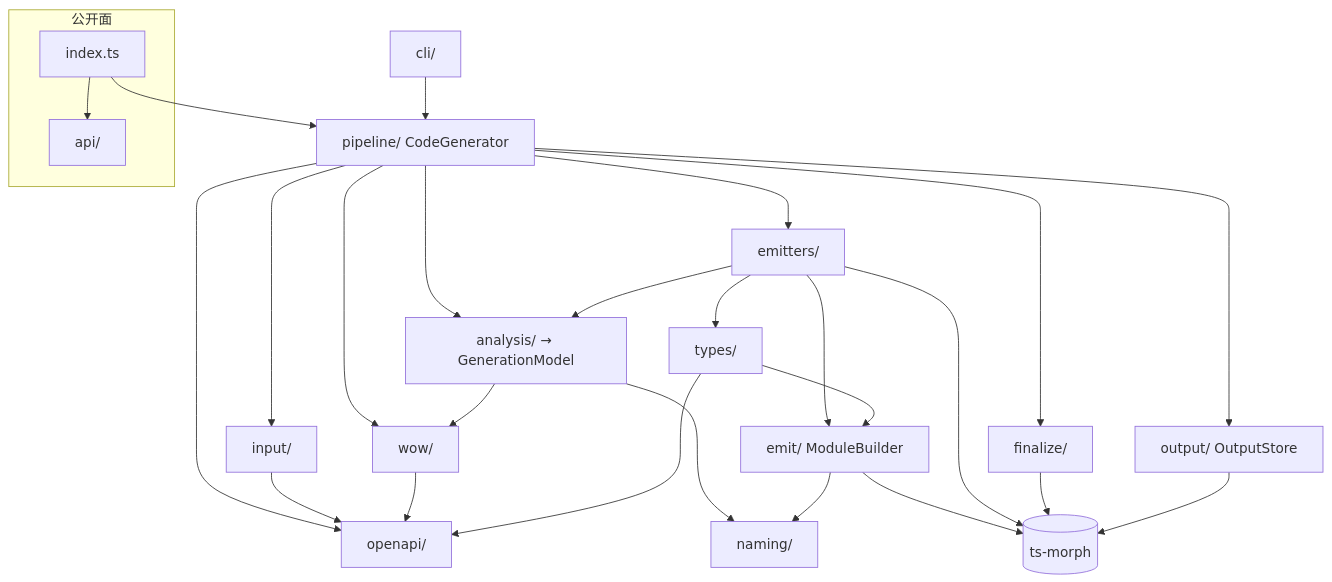
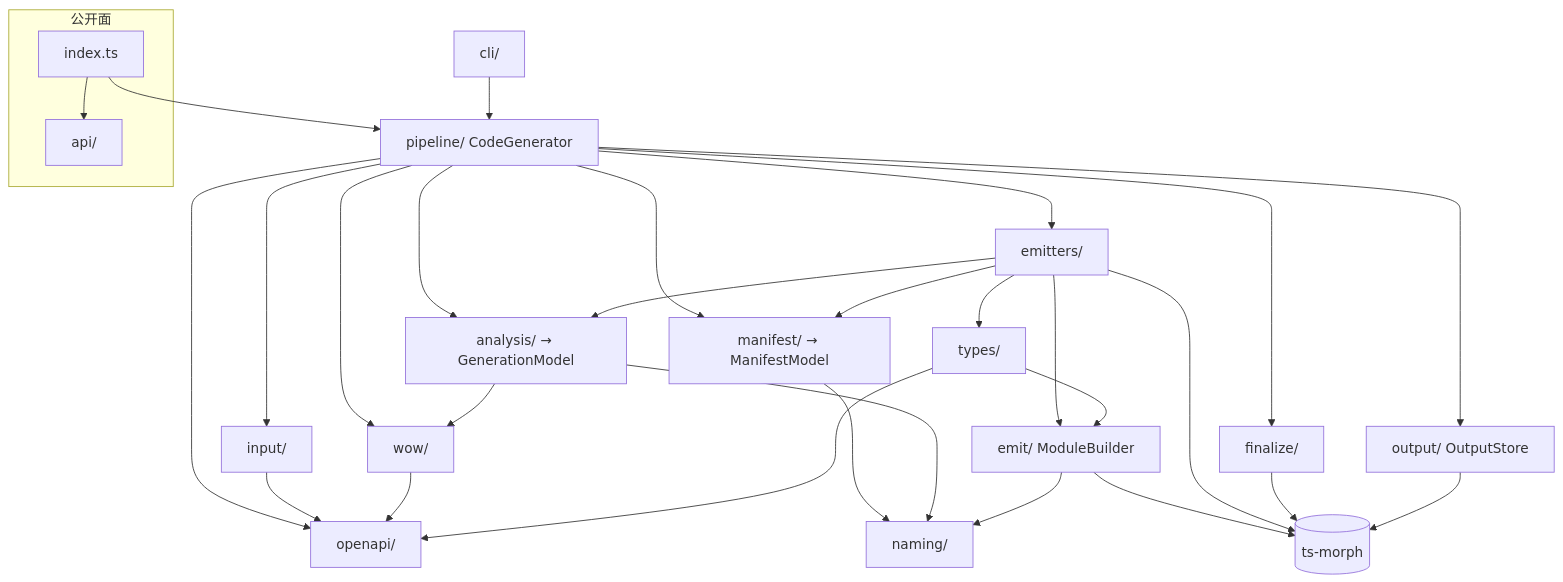
The first of 5 diagrams in typescript/wow-generator/docs/design/architecture.md (Ahoo-Wang/Wow), drawn with Mermaid before and after one commit. The commit also changed other lines of this file and 4 other files, not shown here.

````diff
--- a/typescript/wow-generator/docs/design/architecture.md
+++ b/typescript/wow-generator/docs/design/architecture.md
@@ -54,29 +56,32 @@
 ```mermaid
 flowchart TD
   subgraph public[公开面]
     idx[index.ts] --> api[api/]
   end
   bin[cli/] --> pipe[pipeline/ CodeGenerator]
   idx --> pipe
   pipe --> input[input/]
   pipe --> oa[openapi/]
   pipe --> wow[wow/]
   pipe --> ana[analysis/ → GenerationModel]
+  pipe --> mf[manifest/ → ManifestModel]
+  ems --> mf
+  mf --> nm
   pipe --> ems[emitters/]
   pipe --> fin[finalize/]
   pipe --> out[output/ OutputStore]
   input --> oa
   wow --> oa
   ana --> wow
   ana --> nm[naming/]
   ems --> ana
   ems --> tr[types/]
   ems --> emit[emit/ ModuleBuilder]
   tr --> emit
   tr --> oa
   emit --> nm
   emit --> tsm[(ts-morph)]
   ems --> tsm
   fin --> tsm
   out --> tsm
 ```
````
